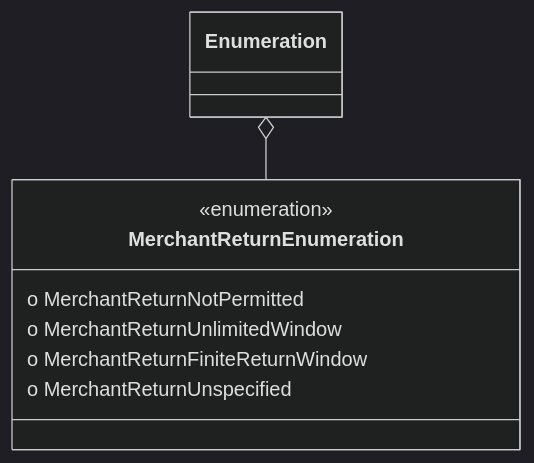
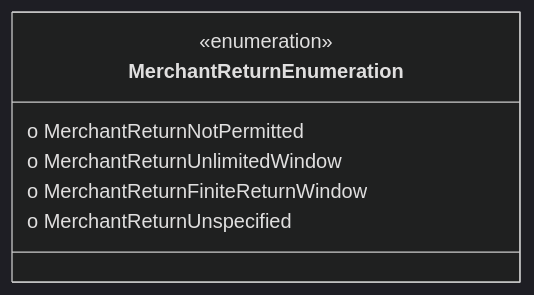
One commit to codexstanford/Insurance-Payout-Ontology changed the diagram in datamodel-build/mermaid/MerchantReturnEnumeration.mmd. Above: the diagram before and after it, drawn with Mermaid (dark theme). The commit also changed 1883 other files, not shown here.

Commit message:
better handling of multi inheritance in mermaid. Accelerate Mermaid. Refactror doc menu to better handle lot of items

```diff
--- a/datamodel-build/mermaid/MerchantReturnEnumeration.mmd
+++ b/datamodel-build/mermaid/MerchantReturnEnumeration.mmd
@@ -1,9 +1,8 @@
 classDiagram
-Enumeration o-- MerchantReturnEnumeration
   class MerchantReturnEnumeration {
 <<enumeration>>
   o MerchantReturnNotPermitted
   o MerchantReturnUnlimitedWindow
   o MerchantReturnFiniteReturnWindow
   o MerchantReturnUnspecified
-}
+ }
```
